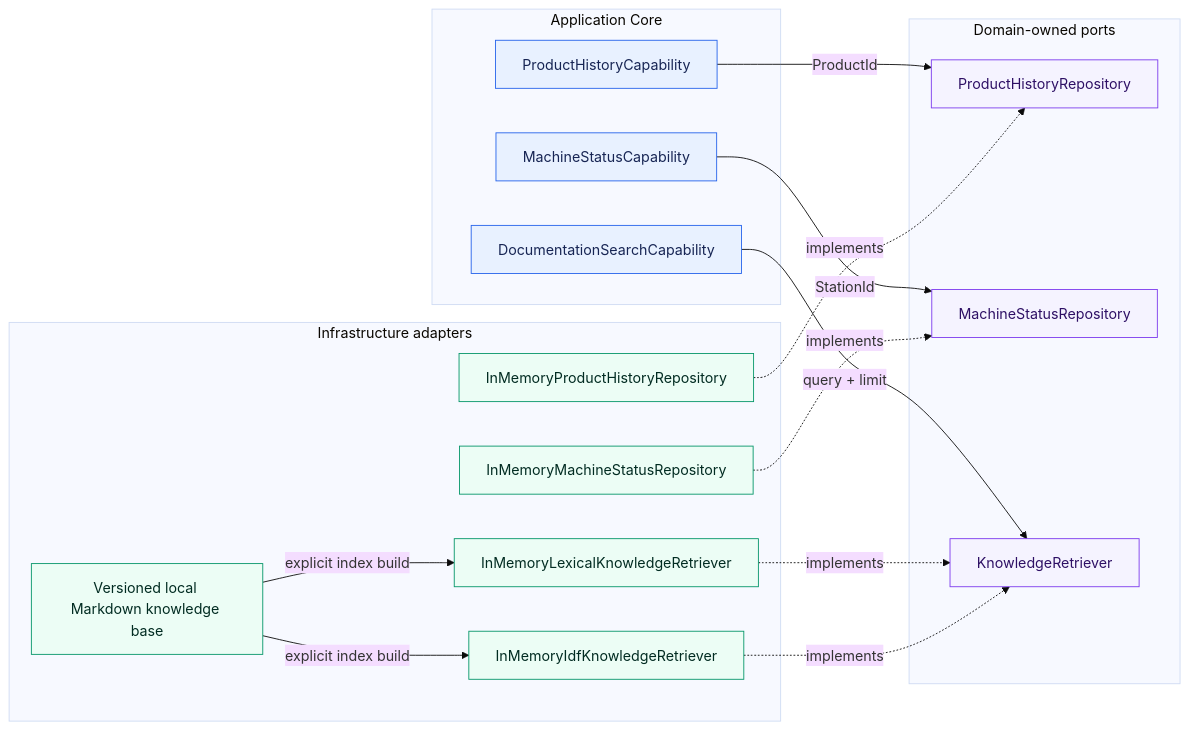
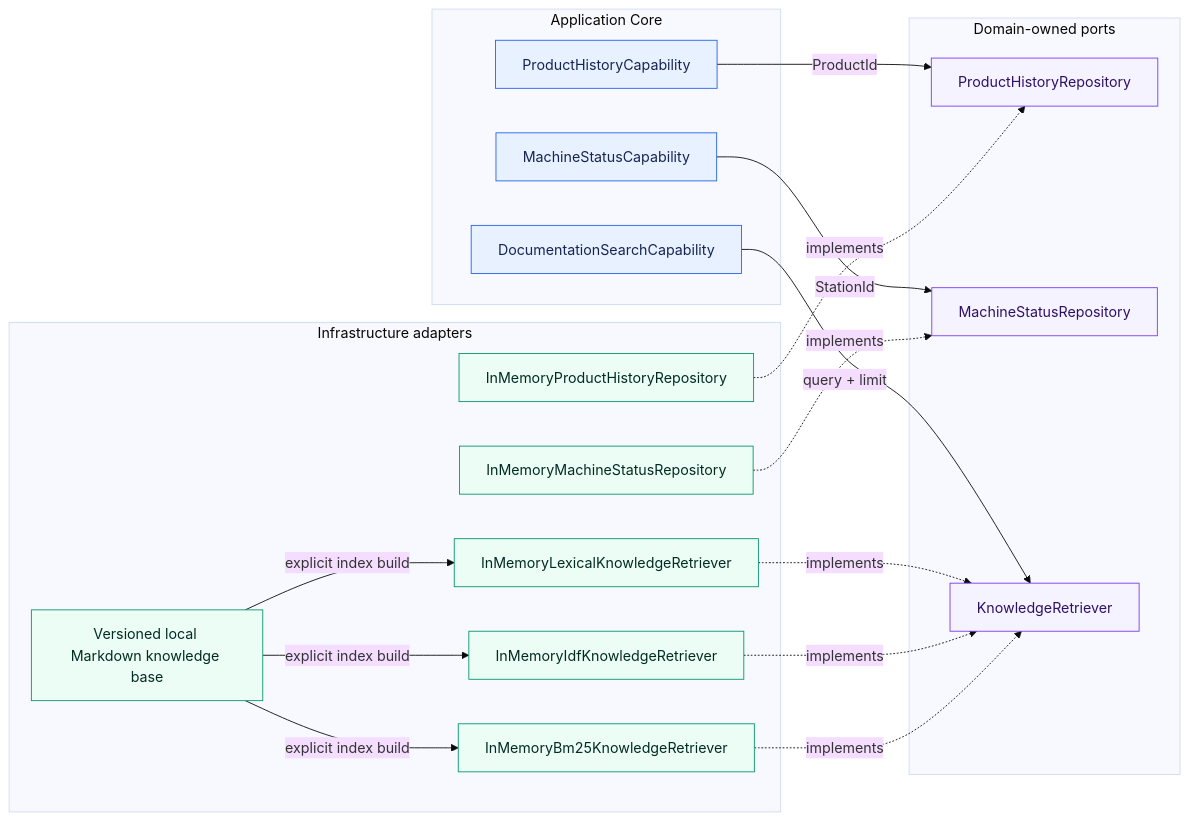
The first of 11 diagrams in docs/architecture/overview.md (aboerzel/industrial-ai-agent), drawn with Mermaid (base theme) before and after one commit. The commit also changed other lines of this file and 19 other files, not shown here.

````diff
--- a/docs/architecture/overview.md
+++ b/docs/architecture/overview.md
@@ -18,39 +20,42 @@
 ```mermaid
 flowchart LR
     subgraph Core["Application Core"]
         PHC["ProductHistoryCapability"]
         MSC["MachineStatusCapability"]
         DSC["DocumentationSearchCapability"]
     end
 
     subgraph Ports["Domain-owned ports"]
         PHR["ProductHistoryRepository"]
         MSR["MachineStatusRepository"]
         KR["KnowledgeRetriever"]
     end
 
     subgraph Infrastructure["Infrastructure adapters"]
         PHM["InMemoryProductHistoryRepository"]
         MSM["InMemoryMachineStatusRepository"]
         LKR["InMemoryLexicalKnowledgeRetriever"]
         IDF["InMemoryIdfKnowledgeRetriever"]
+        BM25["InMemoryBm25KnowledgeRetriever"]
         KB["Versioned local Markdown knowledge base"]
     end
 
     PHC -->|"ProductId"| PHR
     MSC -->|"StationId"| MSR
     DSC -->|"query + limit"| KR
     PHM -.->|"implements"| PHR
     MSM -.->|"implements"| MSR
     LKR -.->|"implements"| KR
     IDF -.->|"implements"| KR
+    BM25 -.->|"implements"| KR
     KB -->|"explicit index build"| LKR
     KB -->|"explicit index build"| IDF
+    KB -->|"explicit index build"| BM25
 
     classDef core fill:#e8f1ff,stroke:#2563eb,color:#172554
     classDef port fill:#f5f3ff,stroke:#7c3aed,color:#2e1065
     classDef adapter fill:#ecfdf5,stroke:#059669,color:#022c22
     class PHC,MSC,DSC core
     class PHR,MSR,KR port
-    class PHM,MSM,LKR,IDF,KB adapter
+    class PHM,MSM,LKR,IDF,BM25,KB adapter
 ```
````
